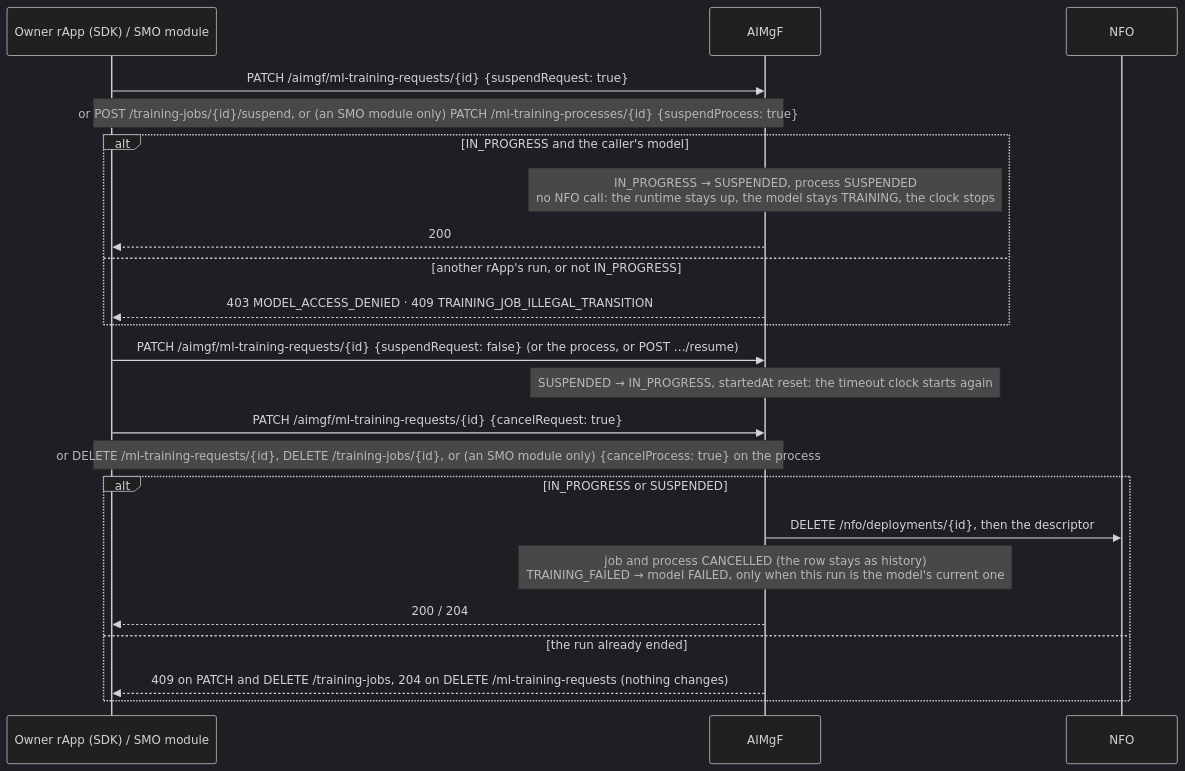
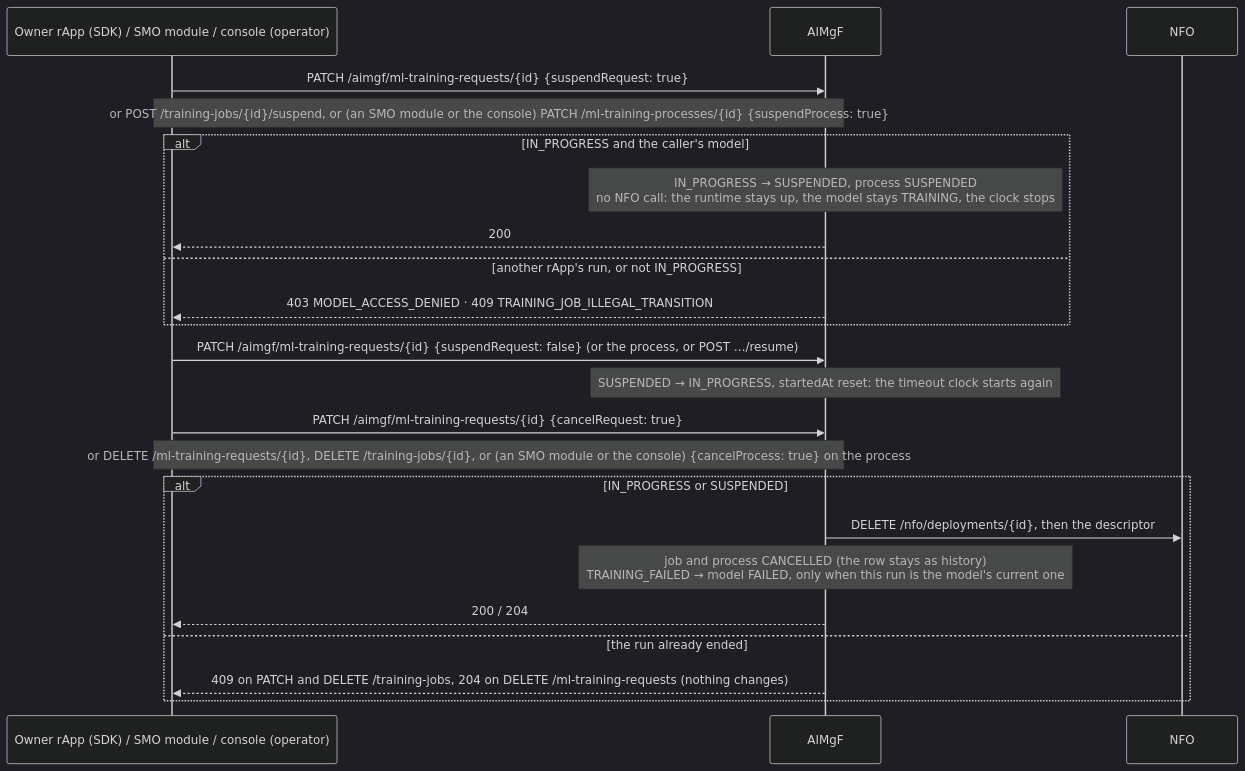
One commit to rsys-bshankar/ai-ran-smo changed the second of 5 diagrams in smo/docs/call-flows/27-ts28105-provisioning-resources.md. Above: the diagram before and after it, drawn with Mermaid (dark theme). The commit also changed other lines of this file and 26 other files, not shown here.

````diff
--- a/smo/docs/call-flows/27-ts28105-provisioning-resources.md
+++ b/smo/docs/call-flows/27-ts28105-provisioning-resources.md
@@ -81,28 +91,28 @@
 ```mermaid
 sequenceDiagram
-    participant R as Owner rApp (SDK) / SMO module
+    participant R as Owner rApp (SDK) / SMO module / console (operator)
     participant AIM as AIMgF
     participant NFO as NFO
 
     R->>AIM: PATCH /aimgf/ml-training-requests/{id} {suspendRequest: true}
-    Note over R,AIM: or POST /training-jobs/{id}/suspend, or (an SMO module only) PATCH /ml-training-processes/{id} {suspendProcess: true}
+    Note over R,AIM: or POST /training-jobs/{id}/suspend, or (an SMO module or the console) PATCH /ml-training-processes/{id} {suspendProcess: true}
     alt IN_PROGRESS and the caller's model
         Note over AIM: IN_PROGRESS → SUSPENDED, process SUSPENDED<br/>no NFO call: the runtime stays up, the model stays TRAINING, the clock stops
         AIM-->>R: 200
     else another rApp's run, or not IN_PROGRESS
         AIM-->>R: 403 MODEL_ACCESS_DENIED · 409 TRAINING_JOB_ILLEGAL_TRANSITION
     end
 
     R->>AIM: PATCH /aimgf/ml-training-requests/{id} {suspendRequest: false} (or the process, or POST …/resume)
     Note over AIM: SUSPENDED → IN_PROGRESS, startedAt reset: the timeout clock starts again
 
     R->>AIM: PATCH /aimgf/ml-training-requests/{id} {cancelRequest: true}
-    Note over R,AIM: or DELETE /ml-training-requests/{id}, DELETE /training-jobs/{id}, or (an SMO module only) {cancelProcess: true} on the process
+    Note over R,AIM: or DELETE /ml-training-requests/{id}, DELETE /training-jobs/{id}, or (an SMO module or the console) {cancelProcess: true} on the process
     alt IN_PROGRESS or SUSPENDED
         AIM->>NFO: DELETE /nfo/deployments/{id}, then the descriptor
         Note over AIM: job and process CANCELLED (the row stays as history)<br/>TRAINING_FAILED → model FAILED, only when this run is the model's current one
         AIM-->>R: 200 / 204
     else the run already ended
         AIM-->>R: 409 on PATCH and DELETE /training-jobs, 204 on DELETE /ml-training-requests (nothing changes)
     end
 ```
````
